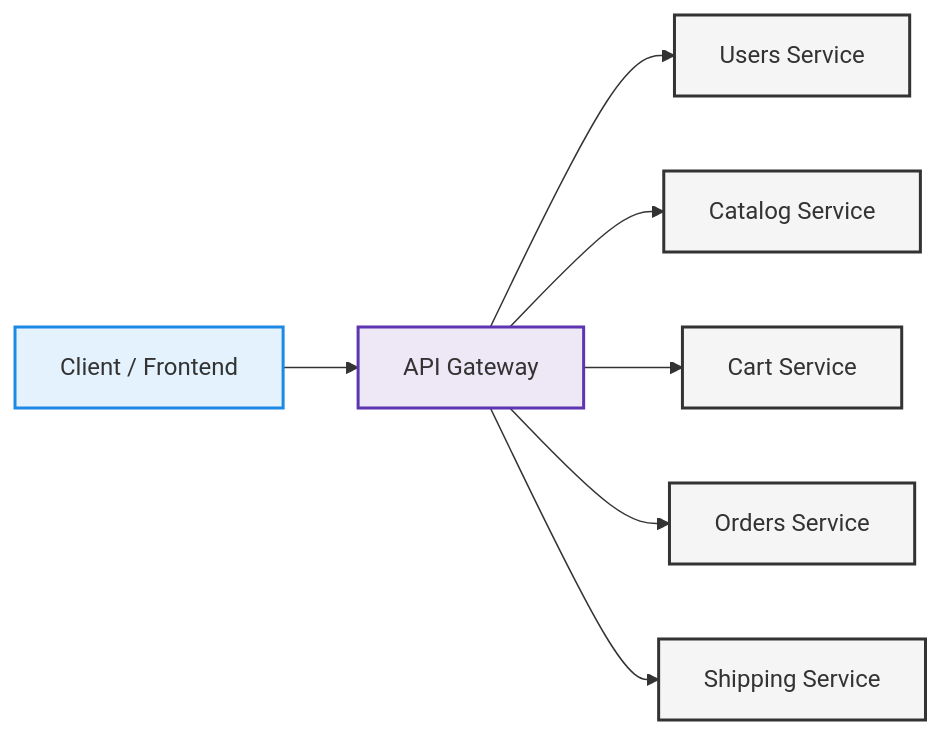
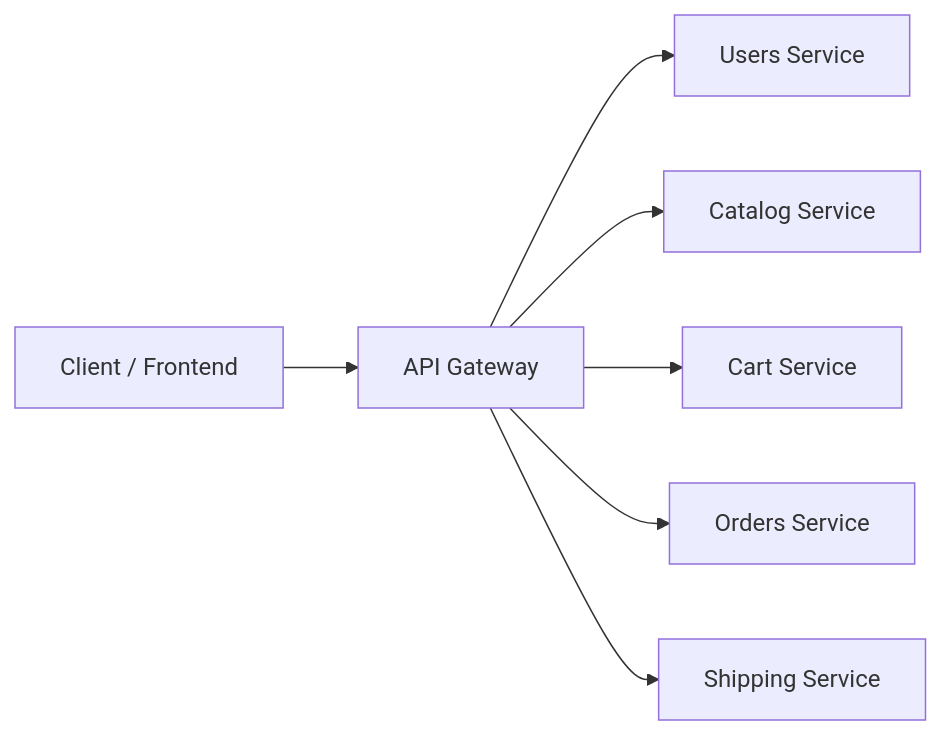
The second of 7 diagrams in api-gateway/API-GATEWAY.md (JoaquinBenegas2/distributed-systems-in-java), drawn with Mermaid before and after one commit. The commit also changed other lines of this file, not shown here.

Commit message:
docs(api-gateway): remove redundant class definitions and colors from diagrams

````diff
--- a/api-gateway/API-GATEWAY.md
+++ b/api-gateway/API-GATEWAY.md
@@ -99,21 +93,13 @@
 ```mermaid
 flowchart LR
     Client[Client / Frontend]
     Gateway[API Gateway]
 
     Client --> Gateway
 
     Gateway --> Users[Users Service]
     Gateway --> Catalog[Catalog Service]
     Gateway --> Cart[Cart Service]
     Gateway --> Orders[Orders Service]
     Gateway --> Shipping[Shipping Service]
-
-    classDef client fill:#e3f2fd,stroke:#1e88e5,stroke-width:2px
-    classDef gateway fill:#ede7f6,stroke:#5e35b1,stroke-width:2px
-    classDef service fill:#f5f5f5,stroke:#333,stroke-width:2px
-
-    class Client client
-    class Gateway gateway
-    class Users,Catalog,Cart,Orders,Shipping service
 ```
````
